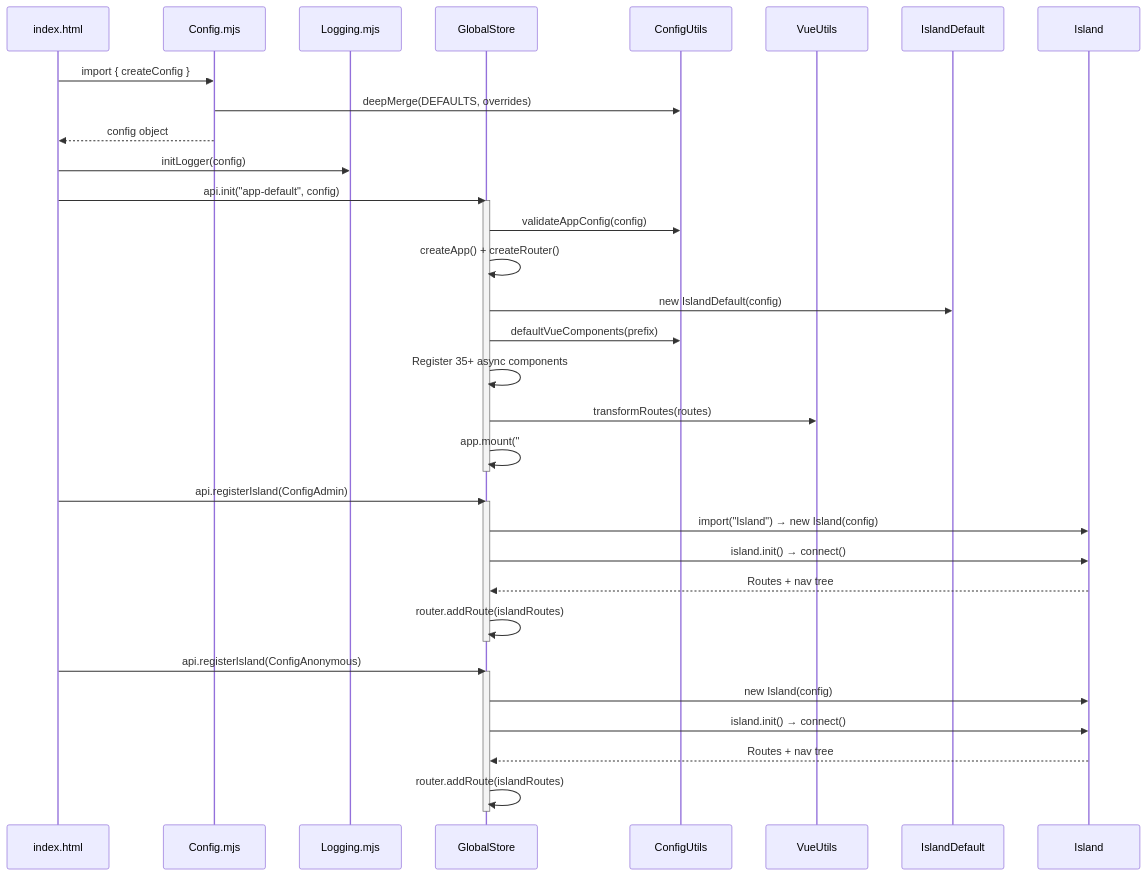
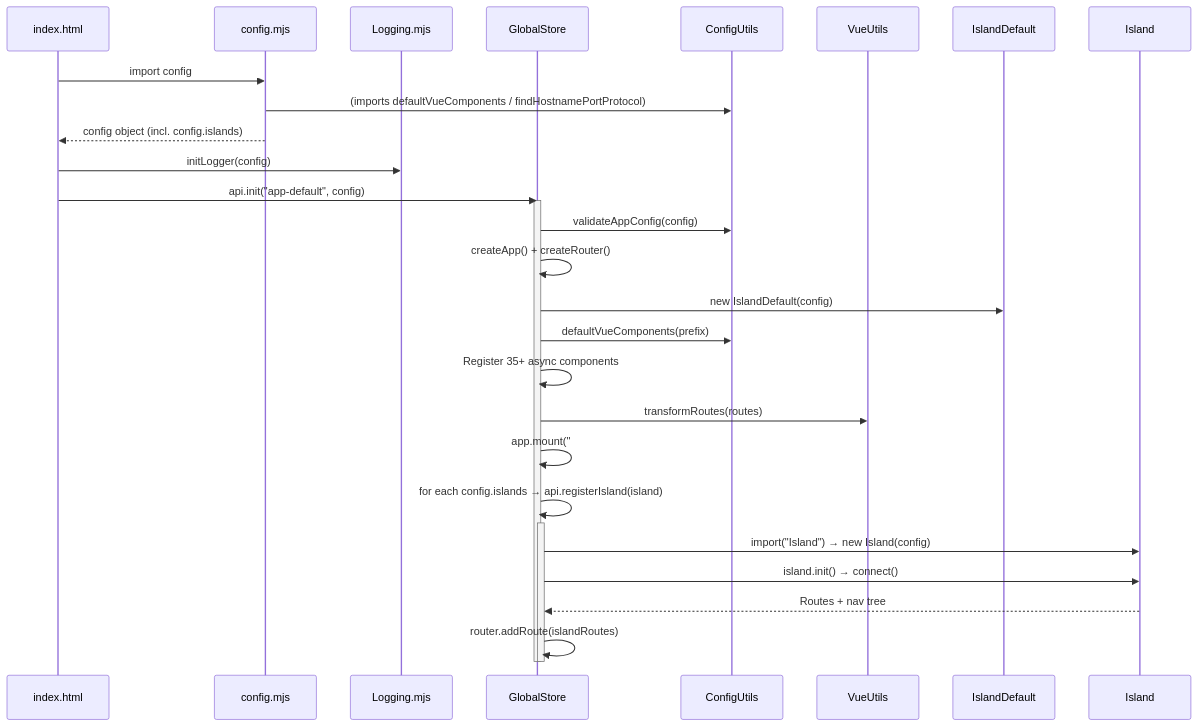
The second of 9 diagrams in docs/Architecture-MMD.md (c0ckp1t/c0ckp1t-webroot), drawn with Mermaid before and after one commit. The commit also changed other lines of this file and 27 other files, not shown here.

````diff
--- a/docs/Architecture-MMD.md
+++ b/docs/Architecture-MMD.md
@@ -87,44 +87,35 @@
 ```mermaid
 sequenceDiagram
     participant HTML as index.html
-    participant Config as Config.mjs
+    participant Config as config.mjs
     participant Log as Logging.mjs
     participant GS as GlobalStore
     participant CU as ConfigUtils
     participant VU as VueUtils
     participant ID as IslandDefault
     participant IS as Island
 
-    HTML->>Config: import { createConfig }
-    Config->>CU: deepMerge(DEFAULTS, overrides)
-    Config-->>HTML: config object
+    HTML->>Config: import config
+    Config->>CU: (imports defaultVueComponents / findHostnamePortProtocol)
+    Config-->>HTML: config object (incl. config.islands)
 
     HTML->>Log: initLogger(config)
     HTML->>GS: api.init("app-default", config)
 
     activate GS
     GS->>CU: validateAppConfig(config)
     GS->>GS: createApp() + createRouter()
     GS->>ID: new IslandDefault(config)
     GS->>CU: defaultVueComponents(prefix)
     GS->>GS: Register 35+ async components
     GS->>VU: transformRoutes(routes)
     GS->>GS: app.mount("#app-default")
-    deactivate GS
-
-    HTML->>GS: api.registerIsland(ConfigAdmin)
+    GS->>GS: for each config.islands → api.registerIsland(island)
     activate GS
     GS->>IS: import("Island") → new Island(config)
     GS->>IS: island.init() → connect()
     IS-->>GS: Routes + nav tree
     GS->>GS: router.addRoute(islandRoutes)
     deactivate GS
-
-    HTML->>GS: api.registerIsland(ConfigAnonymous)
-    activate GS
-    GS->>IS: new Island(config)
-    GS->>IS: island.init() → connect()
-    IS-->>GS: Routes + nav tree
-    GS->>GS: router.addRoute(islandRoutes)
     deactivate GS
 ```
````
